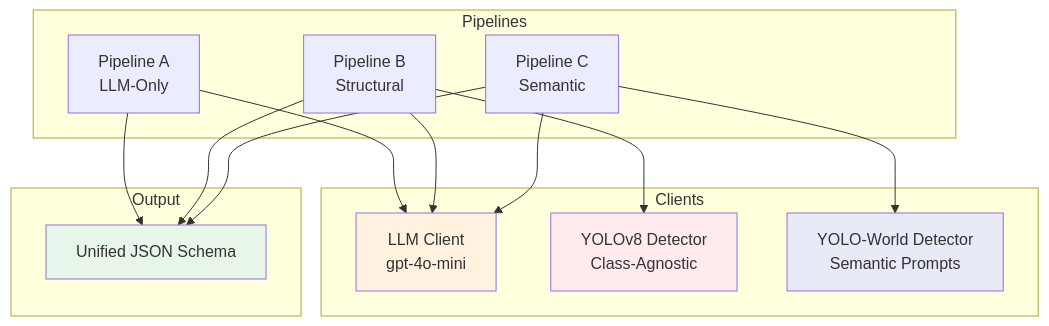
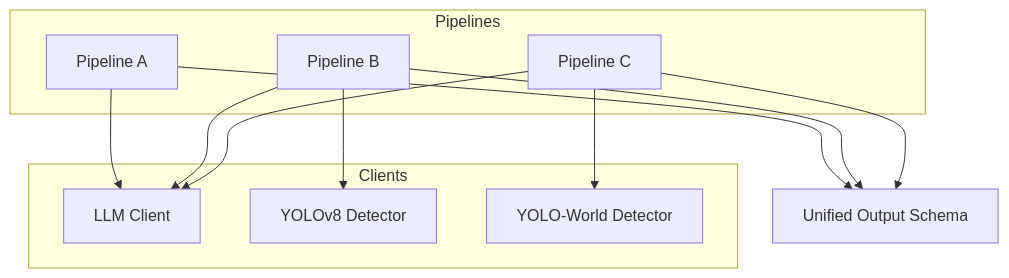
Before and after one commit to omorros/SnapShelf: the fourth of 6 diagrams in research/02-pipeline-comparison/README.md, drawn with Mermaid. The commit also changed other lines of this file, not shown here.

Commit message:
formated diagrams and improved readme readibility

````diff
--- a/research/02-pipeline-comparison/README.md
+++ b/research/02-pipeline-comparison/README.md
@@ -128,33 +107,24 @@
 ```mermaid
-graph TB
+flowchart TB
     subgraph Clients
-        LLM[LLM Client<br/>gpt-4o-mini]
-        YOLO[YOLOv8 Detector<br/>Class-Agnostic]
-        WORLD[YOLO-World Detector<br/>Semantic Prompts]
+        LLM[LLM Client]
+        YOLO[YOLOv8 Detector]
+        WORLD[YOLO-World Detector]
     end
 
     subgraph Pipelines
-        PA[Pipeline A<br/>LLM-Only]
-        PB[Pipeline B<br/>Structural]
-        PC[Pipeline C<br/>Semantic]
-    end
-
-    subgraph Output
-        OUT[Unified JSON Schema]
+        PA[Pipeline A]
+        PB[Pipeline B]
+        PC[Pipeline C]
     end
 
     PA --> LLM
     PB --> YOLO
     PB --> LLM
     PC --> WORLD
     PC --> LLM
 
-    PA --> OUT
+    PA --> OUT[Unified Output Schema]
     PB --> OUT
     PC --> OUT
-
-    style LLM fill:#fff3e0
-    style YOLO fill:#ffebee
-    style WORLD fill:#e8eaf6
-    style OUT fill:#e8f5e9
 ```
````
